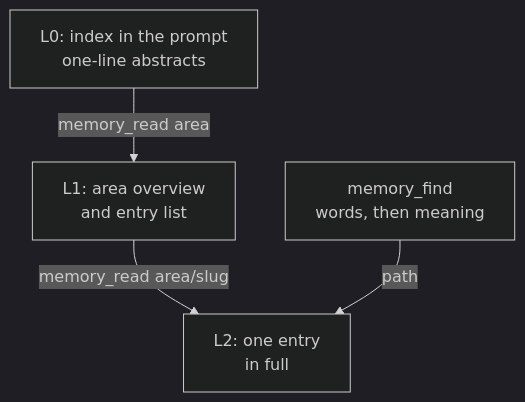
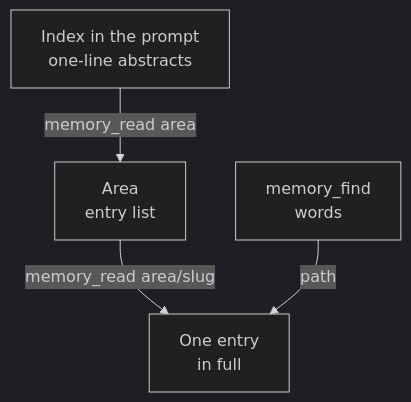
Before and after one commit to KrishBhimani/nod: the first of 2 diagrams in docs/src/content/docs/how-it-works/memory.md, drawn with Mermaid (dark theme). The commit also changed other lines of this file and 123 other files, not shown here.

````diff
--- a/docs/src/content/docs/how-it-works/memory.md
+++ b/docs/src/content/docs/how-it-works/memory.md
@@ -32,10 +34,10 @@
 ```mermaid
 flowchart TD
-  l0["L0: index in the prompt<br/>one-line abstracts"]:::accent
-  l1["L1: area overview<br/>and entry list"]
-  l2["L2: one entry<br/>in full"]
-  find[memory_find<br/>words, then meaning]:::muted
+  l0["Index in the prompt<br/>one-line abstracts"]:::accent
+  l1["Area<br/>entry list"]
+  l2["One entry<br/>in full"]
+  find[memory_find<br/>words]:::muted
   l0 -- memory_read area --> l1
   l1 -- memory_read area/slug --> l2
   find -- path --> l2
 ```
````
